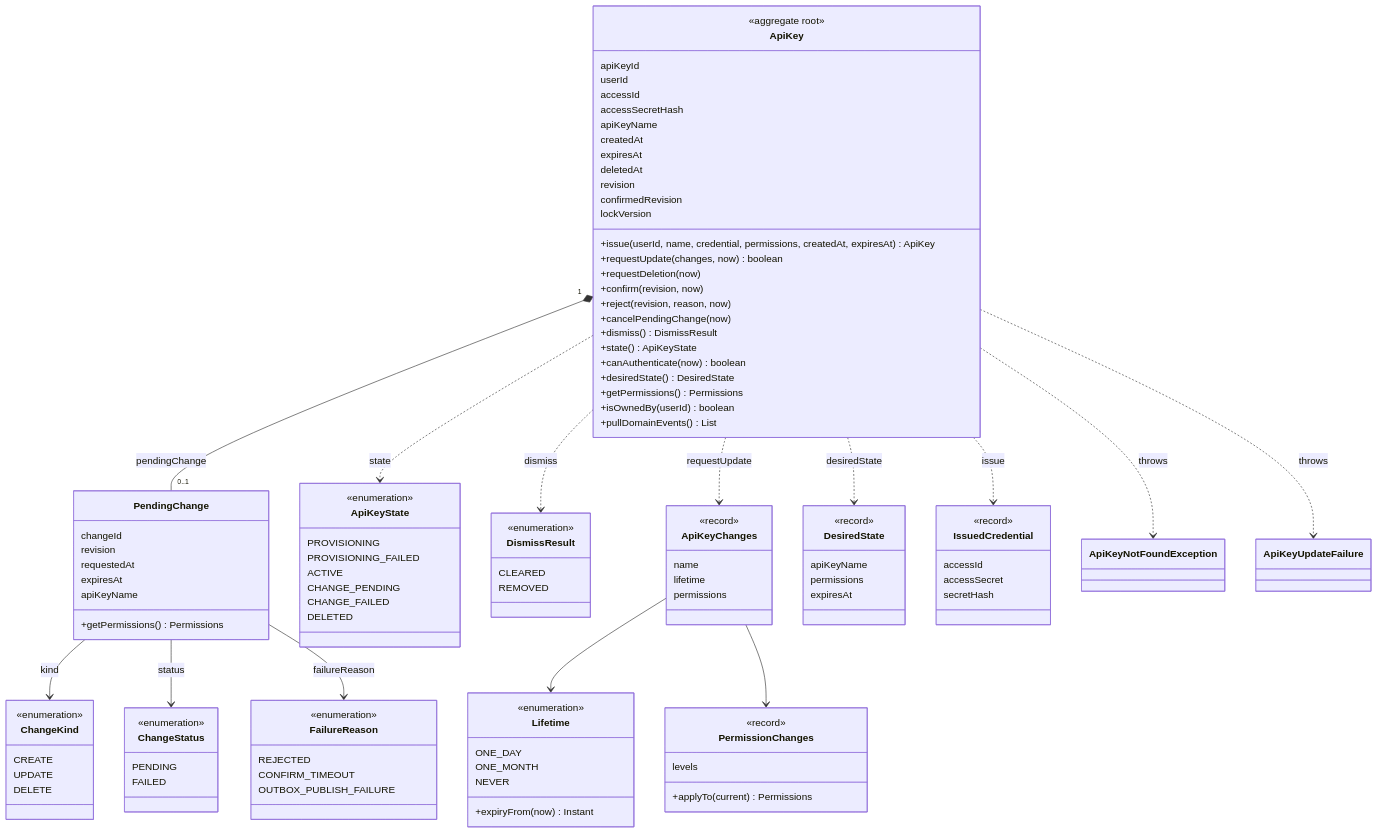
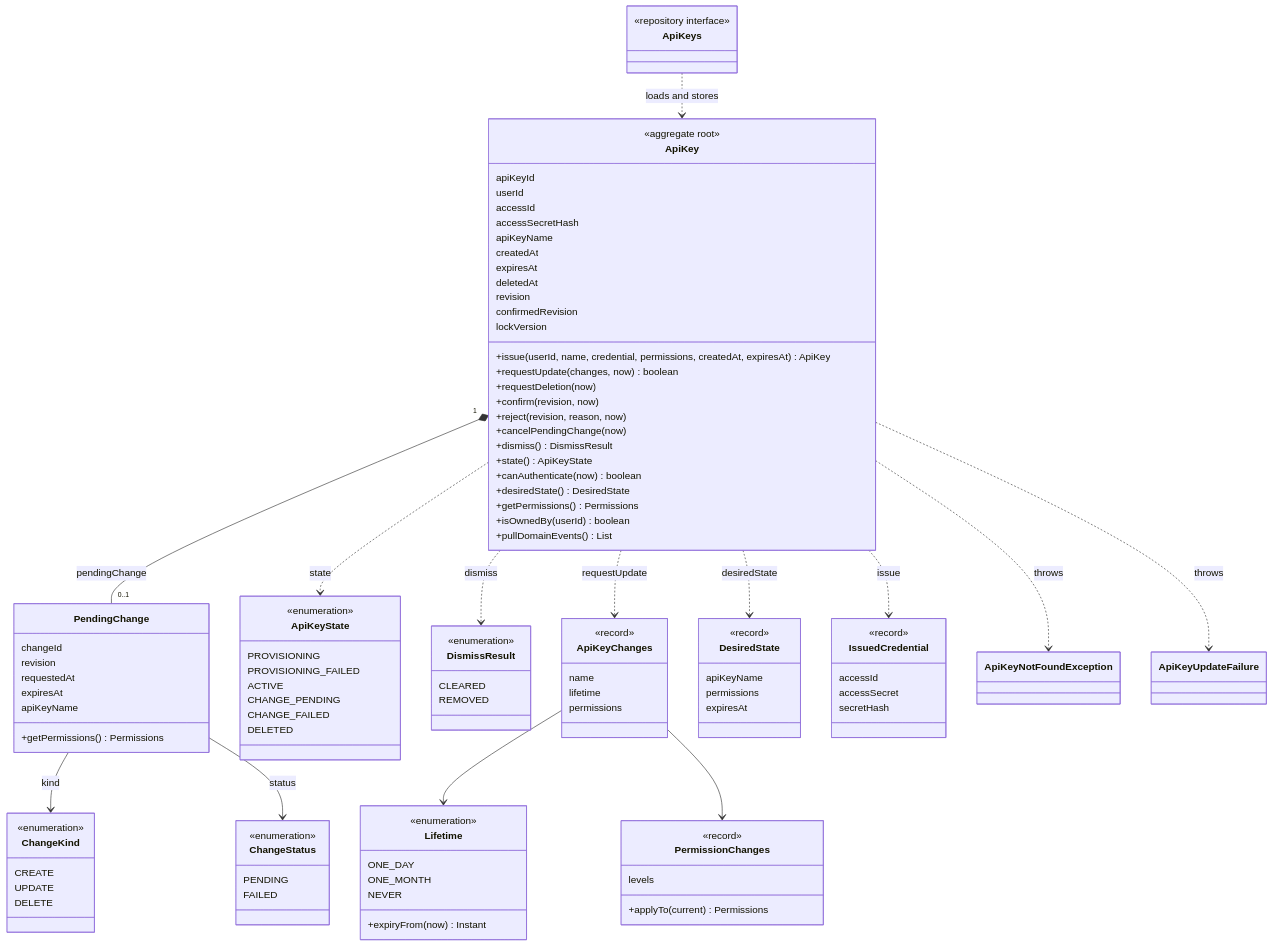
One commit to Dhiren9939/HQ-Tier0 changed the second of 7 diagrams in docs/access-class-structure.md. Above: the diagram before and after it, drawn with Mermaid. The commit also changed other lines of this file and 2 other files, not shown here.

```diff
--- a/docs/access-class-structure.md
+++ b/docs/access-class-structure.md
@@ -97,12 +113,6 @@
         PENDING
         FAILED
     }
-    class FailureReason {
-        <<enumeration>>
-        REJECTED
-        CONFIRM_TIMEOUT
-        OUTBOX_PUBLISH_FAILURE
-    }
     class ApiKeyState {
         <<enumeration>>
         PROVISIONING
@@ -149,11 +159,14 @@
     }
     class ApiKeyNotFoundException
     class ApiKeyUpdateFailure
+    class ApiKeys {
+        <<repository interface>>
+    }
 
     ApiKey "1" *-- "0..1" PendingChange : pendingChange
     PendingChange --> ChangeKind : kind
     PendingChange --> ChangeStatus : status
-    PendingChange --> FailureReason : failureReason
+    ApiKeys ..> ApiKey : loads and stores
     ApiKey ..> ApiKeyState : state
     ApiKey ..> DismissResult : dismiss
     ApiKey ..> DesiredState : desiredState
```
